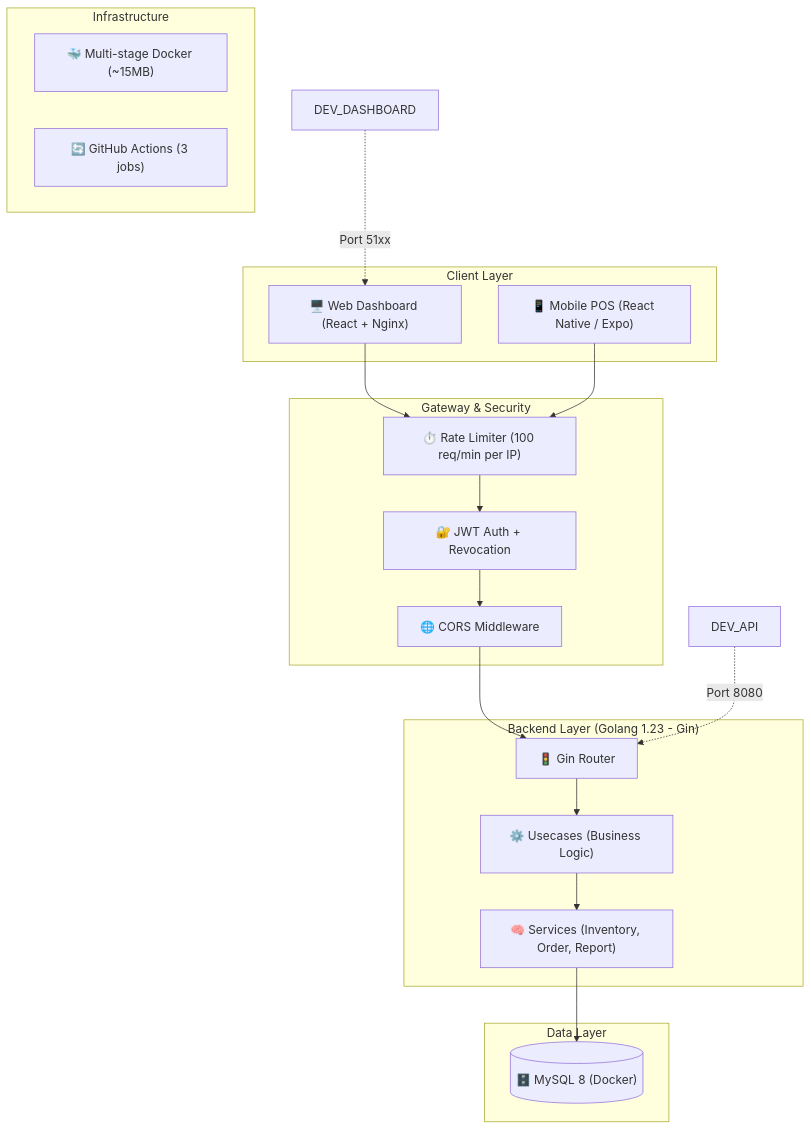
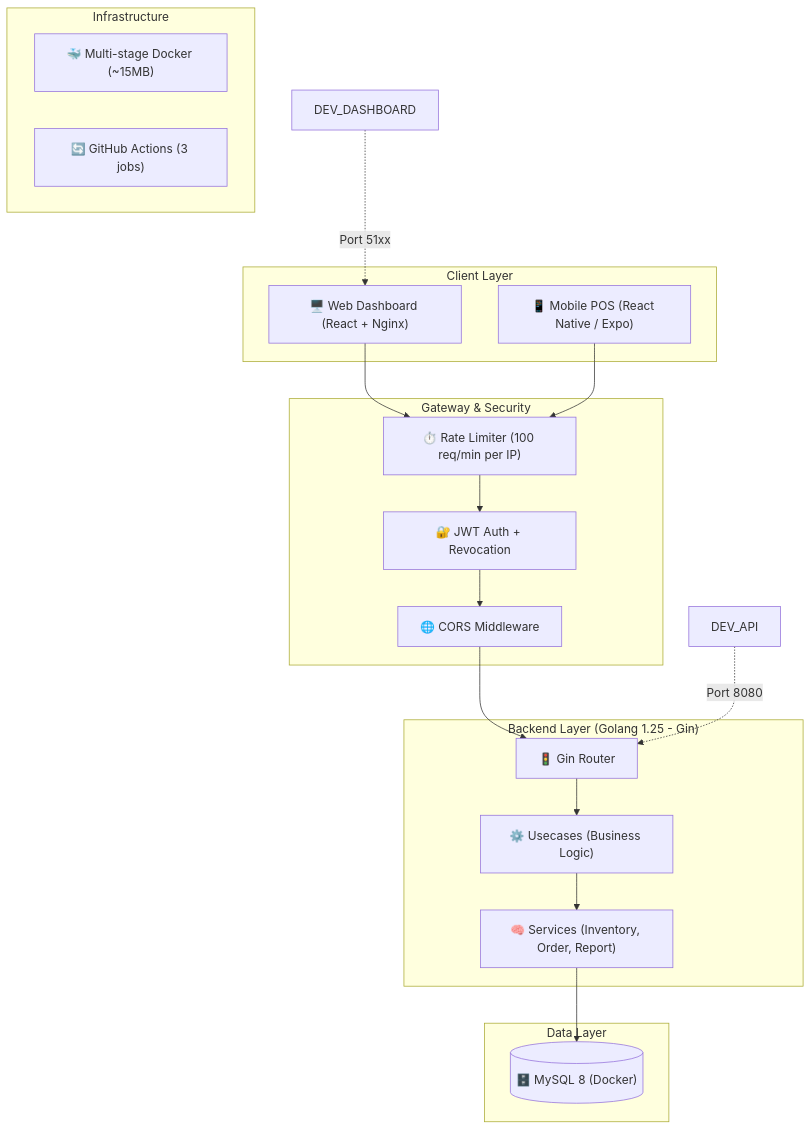
Before and after one commit to emoajib/SINGGAH-COFFE: the diagram in PROJECT_STATUS.md, drawn with Mermaid. The commit also changed other lines of this file and 12 other files, not shown here.

````diff
--- a/PROJECT_STATUS.md
+++ b/PROJECT_STATUS.md
@@ -72,40 +72,40 @@
 ```mermaid
 graph TD
     subgraph Clients ["Client Layer"]
         WEB["🖥️ Web Dashboard (React + Nginx)"]
         MOBILE["📱 Mobile POS (React Native / Expo)"]
     end
 
     subgraph Gateway ["Gateway & Security"]
         RATELIMIT["⏱️ Rate Limiter (100 req/min per IP)"]
         AUTH["🔐 JWT Auth + Revocation"]
         CORS["🌐 CORS Middleware"]
     end
 
-    subgraph Backend ["Backend Layer (Golang 1.23 - Gin)"]
+    subgraph Backend ["Backend Layer (Golang 1.25 - Gin)"]
         ROUTER["🚦 Gin Router"]
         SERVICES["🧠 Services (Inventory, Order, Report)"]
         USECASE["⚙️ Usecases (Business Logic)"]
     end
 
     subgraph Data ["Data Layer"]
         DB[("🗄️ MySQL 8 (Docker)")]
     end
 
     subgraph DevOps ["Infrastructure"]
         DOCKER["🐳 Multi-stage Docker (~15MB)"]
         CI["🔄 GitHub Actions (3 jobs)"]
     end
 
     WEB --> RATELIMIT
     MOBILE --> RATELIMIT
     RATELIMIT --> AUTH
     AUTH --> CORS
     CORS --> ROUTER
     ROUTER --> USECASE
     USECASE --> SERVICES
     SERVICES --> DB
 
     DEV_DASHBOARD -.->|"Port 51xx"| WEB
     DEV_API -.->|"Port 8080"| ROUTER
 ```
````
